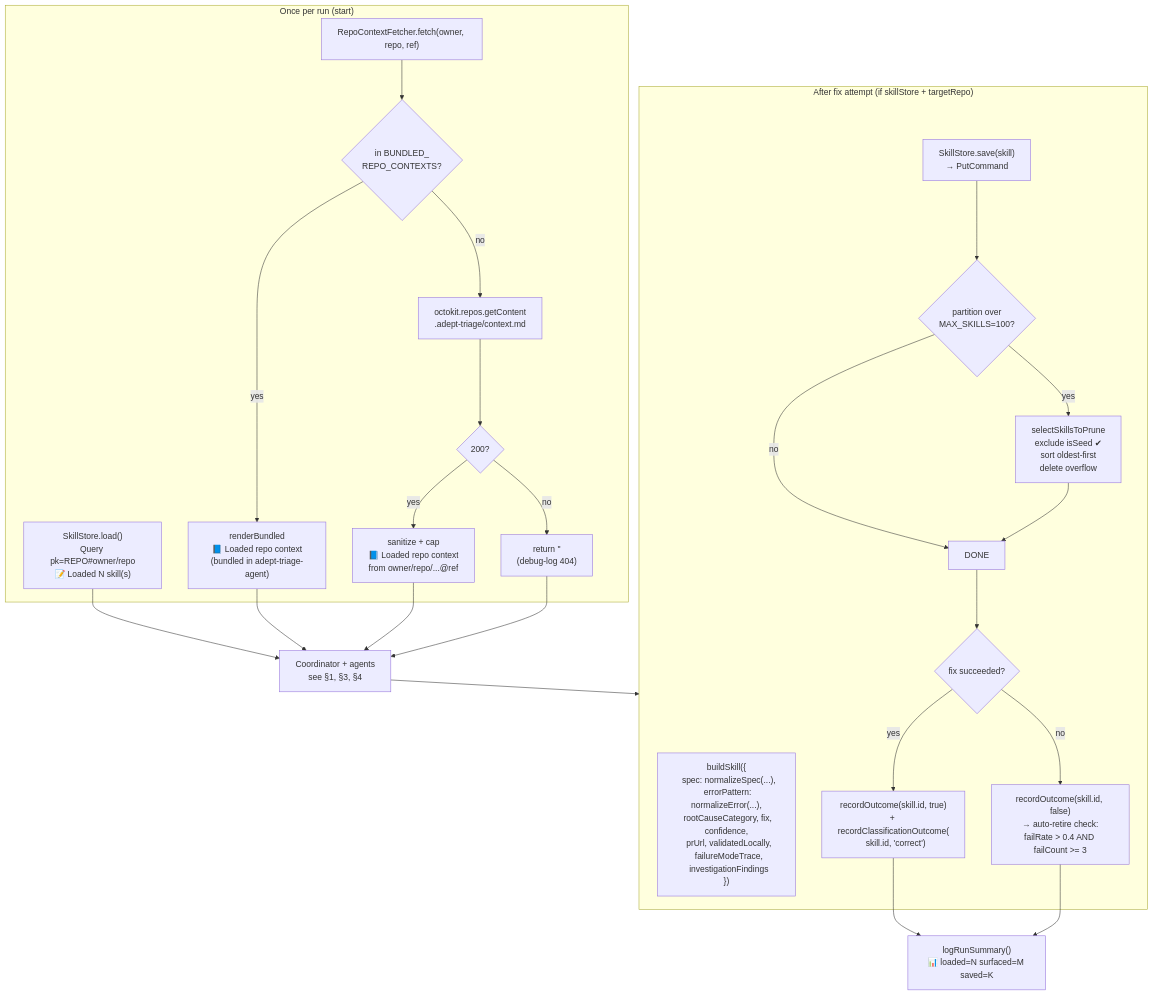
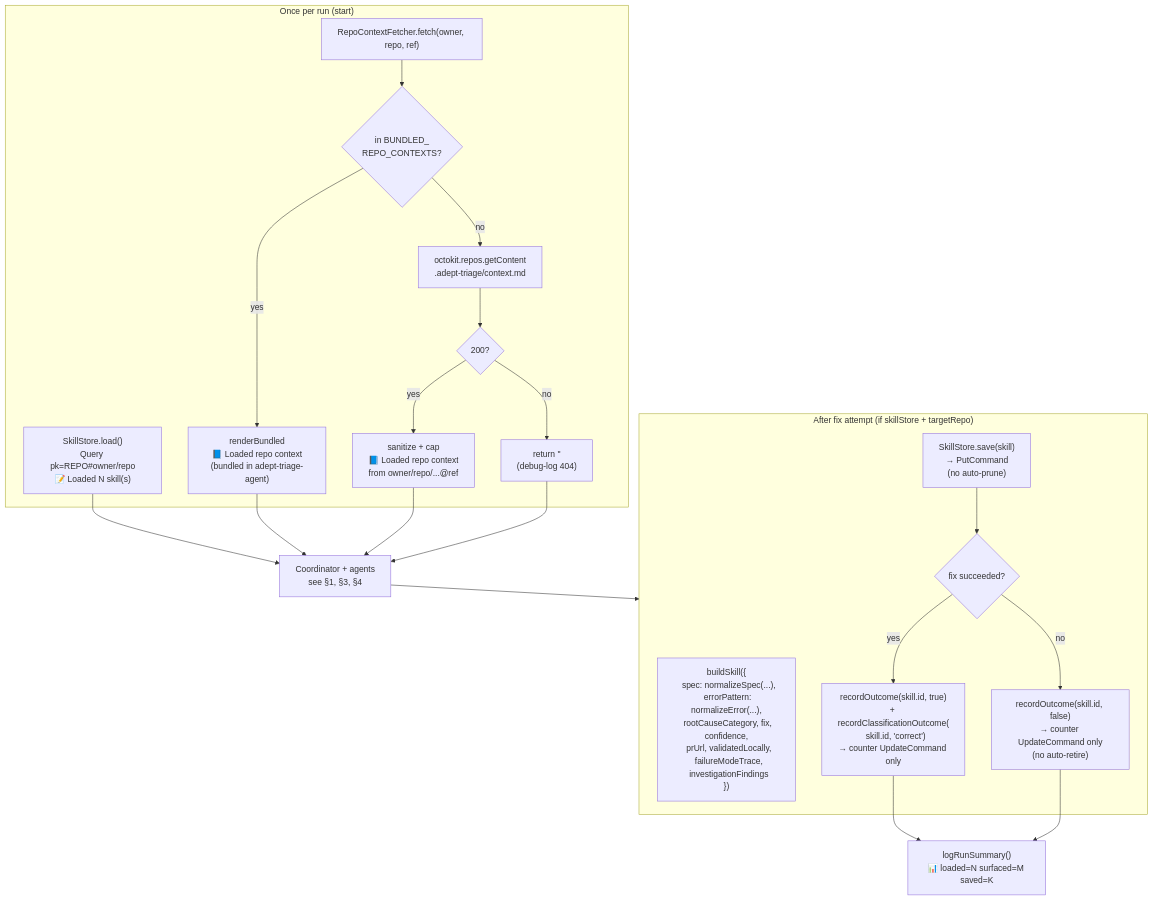
Before and after one commit to adept-at/adept-triage-agent: the seventh of 10 diagrams in docs/agent-workflow-flowchart.md, drawn with Mermaid. The commit also changed other lines of this file and 14 other files, not shown here.

````diff
--- a/docs/agent-workflow-flowchart.md
+++ b/docs/agent-workflow-flowchart.md
@@ -257,37 +257,32 @@
 ```mermaid
 flowchart TB
     subgraph ON_START["Once per run (start)"]
         LOAD["SkillStore.load()<br/>Query pk=REPO#owner/repo<br/>📝 Loaded N skill(s)"]
         FETCH["RepoContextFetcher.fetch(owner, repo, ref)"]
         BUNDLED{"in BUNDLED_<br/>REPO_CONTEXTS?"}
         FETCH --> BUNDLED
         BUNDLED -- yes --> BUNDLE_RENDER["renderBundled<br/>📘 Loaded repo context<br/>(bundled in adept-triage-agent)"]
         BUNDLED -- no --> REMOTE["octokit.repos.getContent<br/>.adept-triage/context.md"]
         REMOTE --> REMOTE_OK{"200?"}
         REMOTE_OK -- yes --> REMOTE_RENDER["sanitize + cap<br/>📘 Loaded repo context<br/>from owner/repo/...@ref"]
         REMOTE_OK -- no --> EMPTY["return ''<br/>(debug-log 404)"]
     end
 
     LOAD --> PIPELINE["Coordinator + agents<br/>see §1, §3, §4"]
     BUNDLE_RENDER --> PIPELINE
     REMOTE_RENDER --> PIPELINE
     EMPTY --> PIPELINE
 
     PIPELINE --> ON_SAVE
 
     subgraph ON_SAVE["After fix attempt (if skillStore + targetRepo)"]
         BUILD["buildSkill({<br/>  spec: normalizeSpec(...),<br/>  errorPattern: normalizeError(...),<br/>  rootCauseCategory, fix, confidence,<br/>  prUrl, validatedLocally,<br/>  failureModeTrace,<br/>  investigationFindings<br/>})"]
-        SAVE["SkillStore.save(skill)<br/>→ PutCommand"]
-        PRUNE{"partition over<br/>MAX_SKILLS=100?"}
-        SAVE --> PRUNE
-        PRUNE -- yes --> SELECT["selectSkillsToPrune<br/>exclude isSeed ✔<br/>sort oldest-first<br/>delete overflow"]
-        PRUNE -- no --> DONE
-        SELECT --> DONE
-        DONE --> RECORD{"fix succeeded?"}
-        RECORD -- yes --> OUTCOME_OK["recordOutcome(skill.id, true)<br/>+ recordClassificationOutcome(<br/>  skill.id, 'correct')"]
-        RECORD -- no --> OUTCOME_FAIL["recordOutcome(skill.id, false)<br/>→ auto-retire check:<br/>failRate &gt; 0.4 AND failCount &gt;= 3"]
+        SAVE["SkillStore.save(skill)<br/>→ PutCommand<br/>(no auto-prune)"]
+        SAVE --> RECORD{"fix succeeded?"}
+        RECORD -- yes --> OUTCOME_OK["recordOutcome(skill.id, true)<br/>+ recordClassificationOutcome(<br/>  skill.id, 'correct')<br/>→ counter UpdateCommand only"]
+        RECORD -- no --> OUTCOME_FAIL["recordOutcome(skill.id, false)<br/>→ counter UpdateCommand only<br/>(no auto-retire)"]
     end
 
     OUTCOME_OK --> SUMMARY["logRunSummary()<br/>📊 loaded=N surfaced=M saved=K"]
     OUTCOME_FAIL --> SUMMARY
 ```
````
